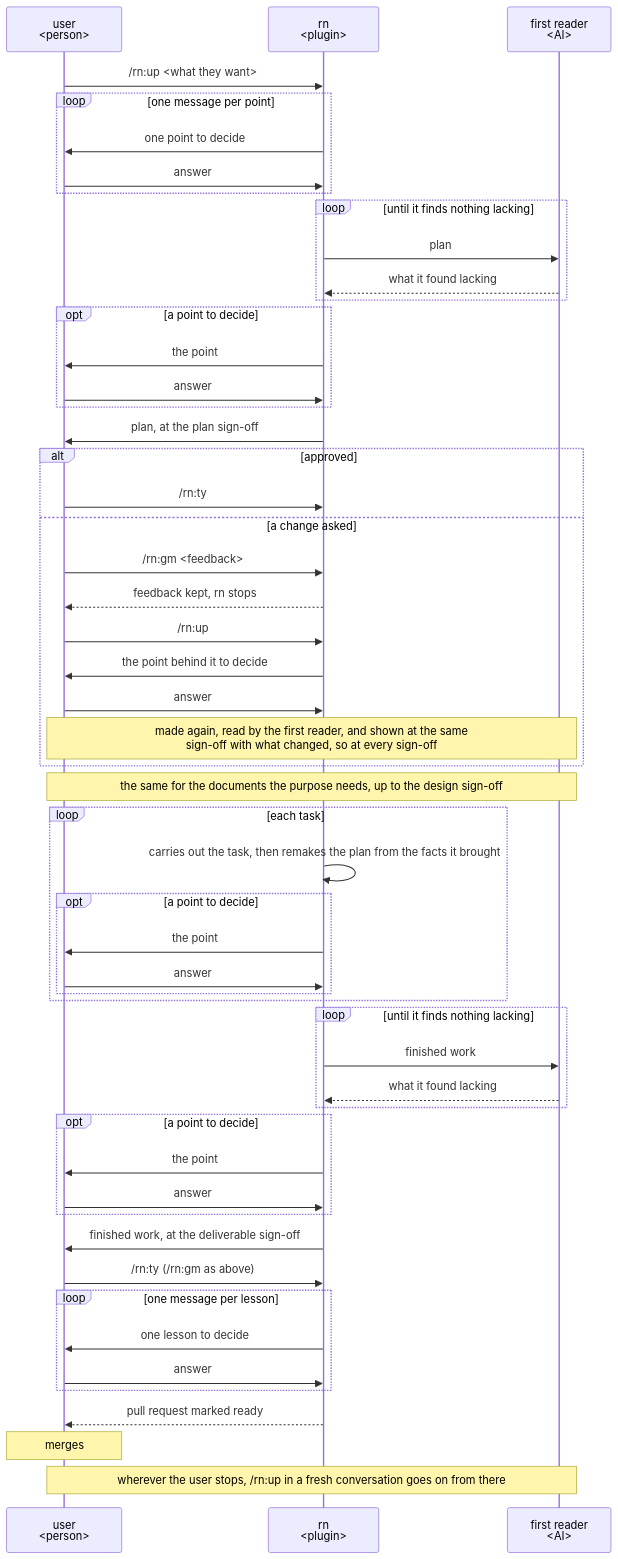
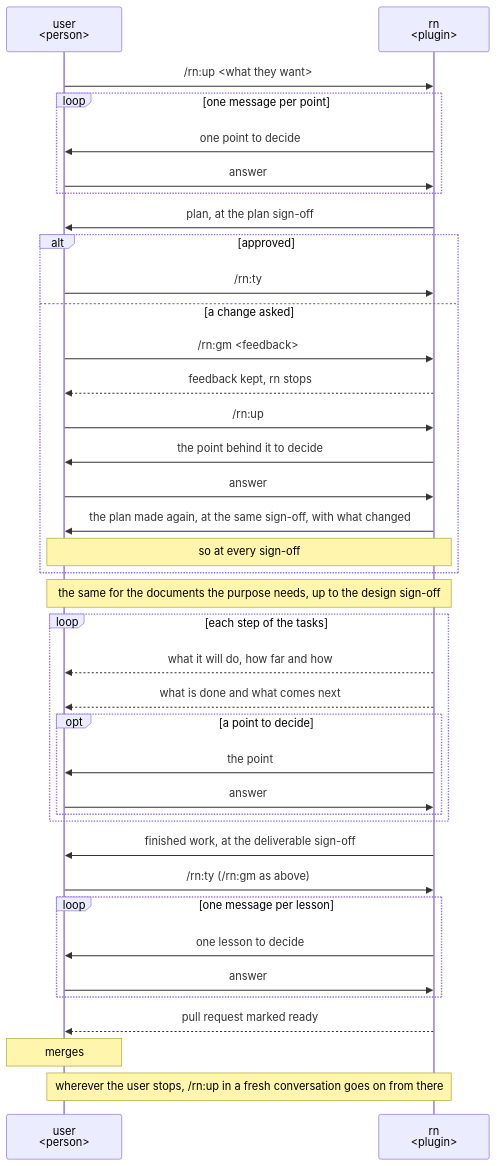
One commit to lovaizu/ccpm changed the diagram in dev/rn/ux.md. Above: the diagram before and after it, drawn with Mermaid. The commit also changed other lines of this file and 2 other files, not shown here.

Commit message:
rn UX and README: the scenes show the user and rn alone, the first reader, turn's first user inside rn, said only as an AI that did not make the proposal, and the plan remade and the short record left to the benefits' reasons and the design; the steps' notices shown; ux checklist B-5 asks that no part the user does not deal with is shown, as the user said; not yet agreed
Claude-Session: https://claude.ai/code/session_01VdR6B5Jp36Hdq4eP9iBb1h

````diff
--- a/dev/rn/ux.md
+++ b/dev/rn/ux.md
@@ -55,55 +55,40 @@
 ```mermaid
 sequenceDiagram
   participant U as user<br/>#lt;person#gt;
   participant R as rn<br/>#lt;plugin#gt;
-  participant F as first reader<br/>#lt;AI#gt;
   U->>R: /rn:up #lt;what they want#gt;
   loop one message per point
     R->>U: one point to decide
-    U->>R: answer
-  end
-  loop until it finds nothing lacking
-    R->>F: plan
-    F-->>R: what it found lacking
-  end
-  opt a point to decide
-    R->>U: the point
     U->>R: answer
   end
   R->>U: plan, at the plan sign-off
   alt approved
     U->>R: /rn:ty
   else a change asked
     U->>R: /rn:gm #lt;feedback#gt;
     R-->>U: feedback kept, rn stops
     U->>R: /rn:up
     R->>U: the point behind it to decide
     U->>R: answer
-    Note over U,F: made again, read by the first reader, and shown at the same<br/>sign-off with what changed, so at every sign-off
+    R->>U: the plan made again, at the same sign-off, with what changed
+    Note over U,R: so at every sign-off
   end
-  Note over U,F: the same for the documents the purpose needs, up to the design sign-off
-  loop each task
-    R->>R: carries out the task, then remakes the plan from the facts it brought
+  Note over U,R: the same for the documents the purpose needs, up to the design sign-off
+  loop each step of the tasks
+    R-->>U: what it will do, how far and how
+    R-->>U: what is done and what comes next
     opt a point to decide
       R->>U: the point
       U->>R: answer
     end
-  end
-  loop until it finds nothing lacking
-    R->>F: finished work
-    F-->>R: what it found lacking
-  end
-  opt a point to decide
-    R->>U: the point
-    U->>R: answer
   end
   R->>U: finished work, at the deliverable sign-off
   U->>R: /rn:ty (/rn:gm as above)
   loop one message per lesson
     R->>U: one lesson to decide
     U->>R: answer
   end
   R-->>U: pull request marked ready
   Note over U: merges
-  Note over U,F: wherever the user stops, /rn:up in a fresh conversation goes on from there
+  Note over U,R: wherever the user stops, /rn:up in a fresh conversation goes on from there
 ```
````
